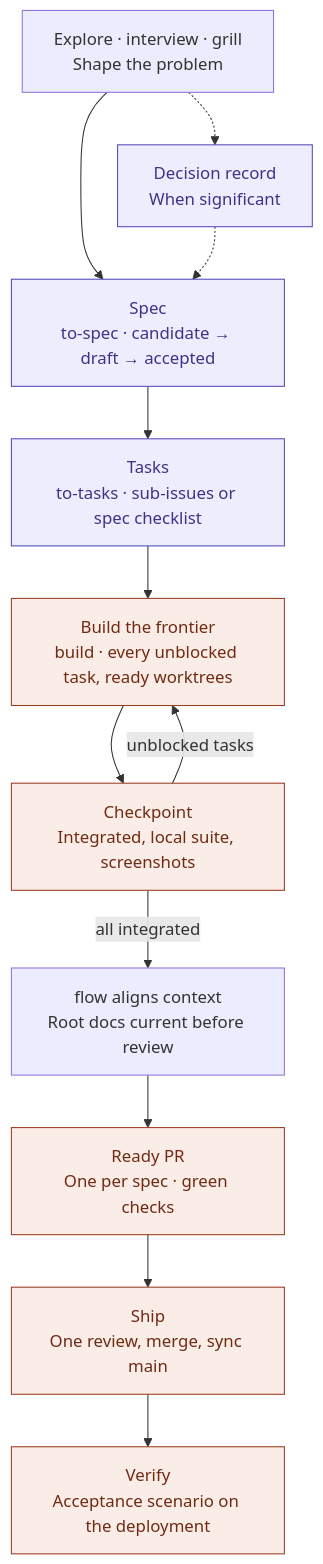
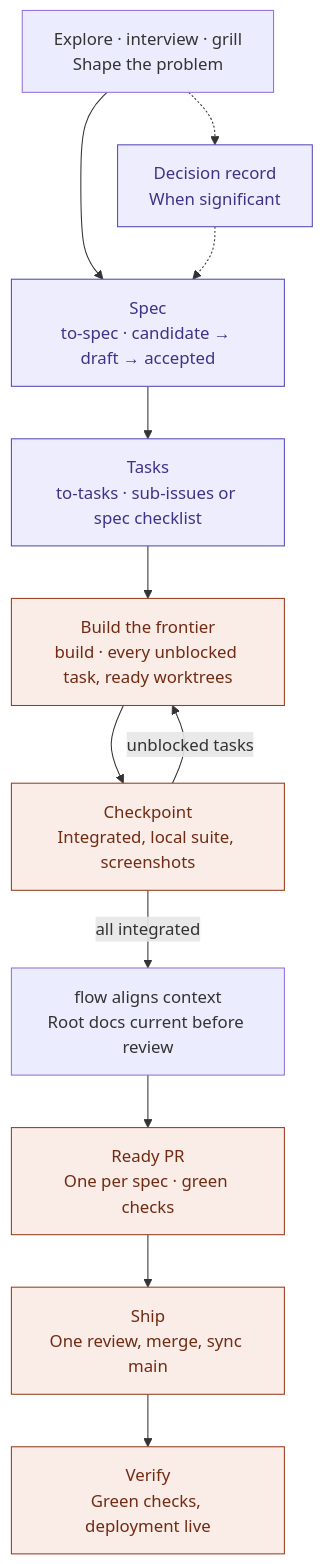
One commit to gaboesquivel/flow-skills changed the second of 2 diagrams in README.md. Above: the diagram before and after it, drawn with Mermaid. The commit also changed other lines of this file and 17 other files, not shown here.

First line of the commit message:
feat(ship): verify only green checks and deployment liveness (#133)

````diff
--- a/README.md
+++ b/README.md
@@ -87,23 +87,23 @@
 ```mermaid
 flowchart TB
   explore["Explore · interview · grill<br/>Shape the problem"]
   decision["Decision record<br/>When significant"]
   spec["Spec<br/>to-spec · candidate → draft → accepted"]
   tasks["Tasks<br/>to-tasks · sub-issues or spec checklist"]
   frontier["Build the frontier<br/>build · every unblocked task, ready worktrees"]
   checkpoint["Checkpoint<br/>Integrated, local suite, screenshots"]
   ready["Ready PR<br/>One per spec · green checks"]
   land["Ship<br/>One review, merge, sync main"]
-  verify["Verify<br/>Acceptance scenario on the deployment"]
+  verify["Verify<br/>Green checks, deployment live"]
   align["flow aligns context<br/>Root docs current before review"]
   explore --> spec
   explore -.-> decision
   decision -.-> spec
   spec --> tasks --> frontier --> checkpoint
   checkpoint -- unblocked tasks --> frontier
   checkpoint -- all integrated --> align --> ready --> land --> verify
   classDef doc fill:#EEEDFE,stroke:#534AB7,color:#3C3489
   classDef run fill:#FAECE7,stroke:#993C1D,color:#712B13
   class decision,spec,tasks doc
   class frontier,checkpoint,ready,land,verify run
 ```
````
